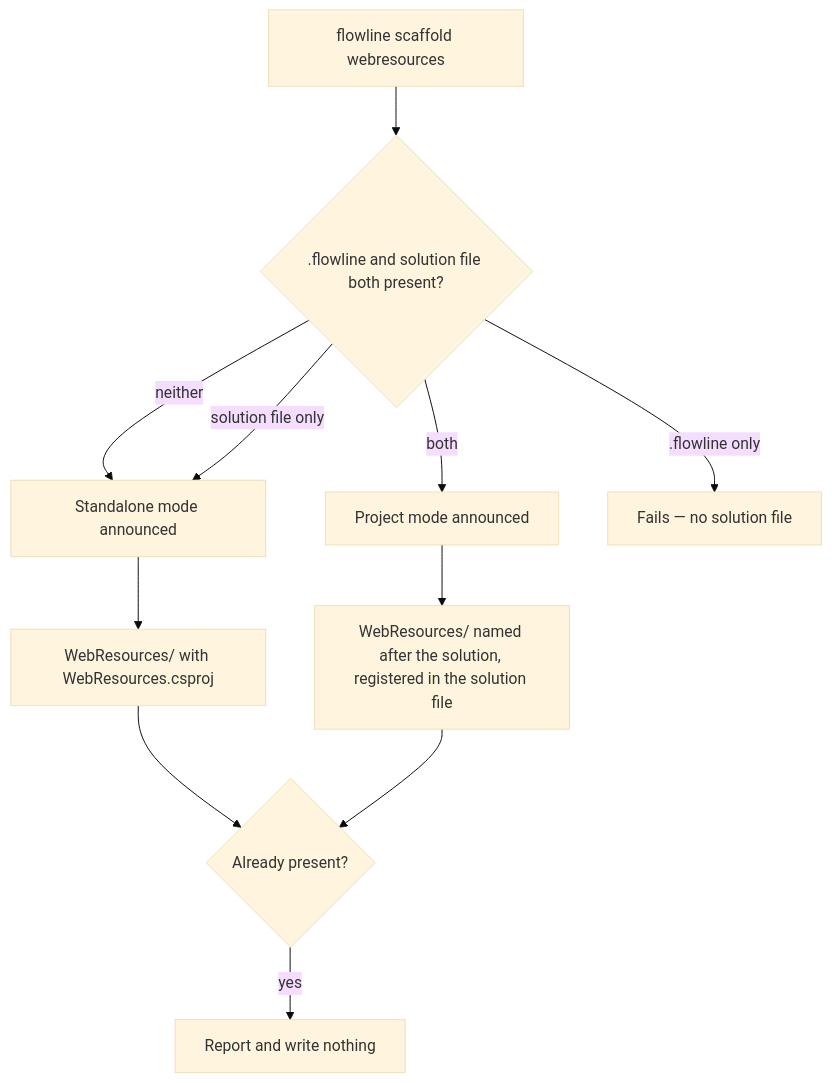
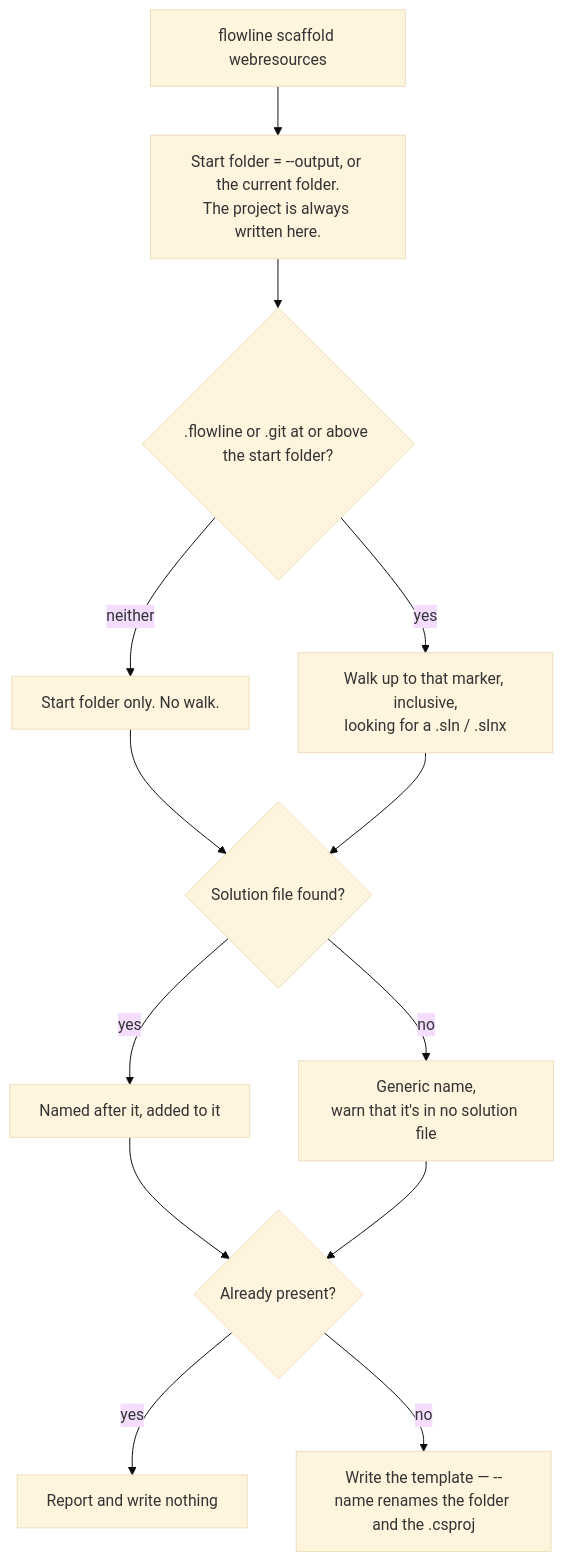
Before and after one commit to RemyDuijkeren/Flowline: the first of 2 diagrams in docs/plans/2026-08-15-001-feat-scaffold-webresources-plan.md, drawn with Mermaid (base theme). The commit also changed other lines of this file and 9 other files, not shown here.

````diff
--- a/docs/plans/2026-08-15-001-feat-scaffold-webresources-plan.md
+++ b/docs/plans/2026-08-15-001-feat-scaffold-webresources-plan.md
@@ -83,13 +104,15 @@
 ```mermaid
 flowchart TB
-  A[flowline scaffold webresources] --> B{.flowline and solution file both present?}
-  B -->|neither| C[Standalone mode announced]
-  B -->|both| D[Project mode announced]
-  B -->|solution file only| C
-  B -->|.flowline only| E[Fails — no solution file]
-  C --> F[WebResources/ with WebResources.csproj]
-  D --> G["WebResources/ named after the solution, registered in the solution file"]
-  F --> H{Already present?}
-  G --> H
-  H -->|yes| I[Report and write nothing]
+  A[flowline scaffold webresources] --> B["Start folder = --output, or the current folder.<br/>The project is always written here."]
+  B --> D{".flowline or .git at or above the start folder?"}
+  D -->|neither| C2["Start folder only. No walk."]
+  D -->|yes| E["Walk up to that marker, inclusive,<br/>looking for a .sln / .slnx"]
+  C2 --> F{Solution file found?}
+  E --> F
+  F -->|yes| G["Named after it, added to it"]
+  F -->|no| H["Generic name,<br/>warn that it's in no solution file"]
+  G --> I{Already present?}
+  H --> I
+  I -->|yes| J[Report and write nothing]
+  I -->|no| K["Write the template — --name renames the folder and the .csproj"]
 ```
````
